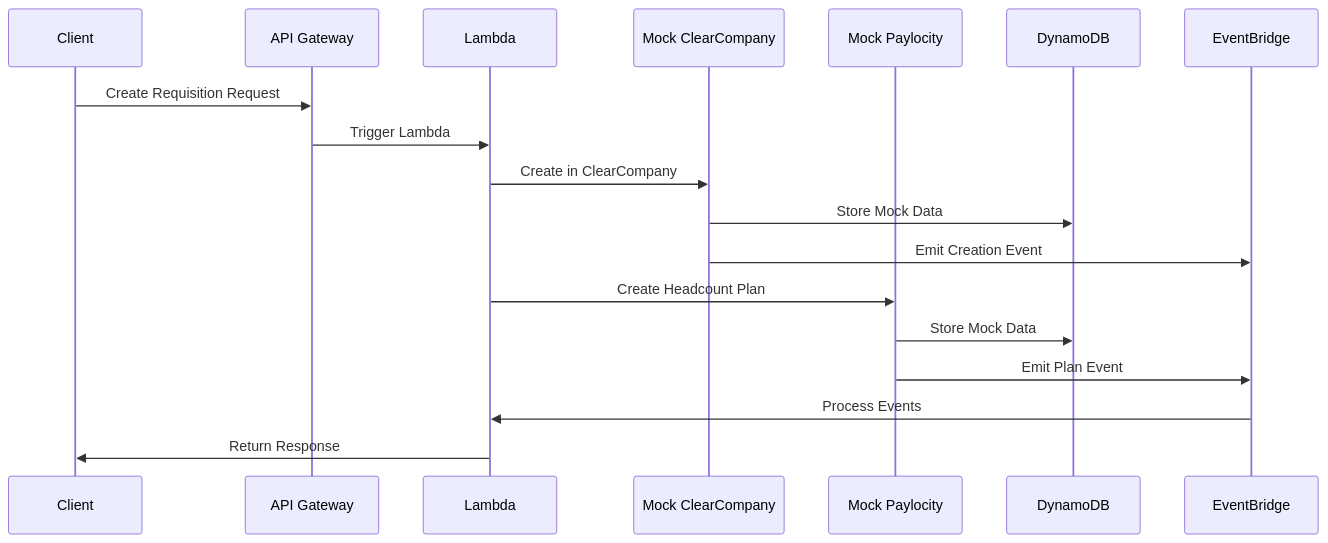
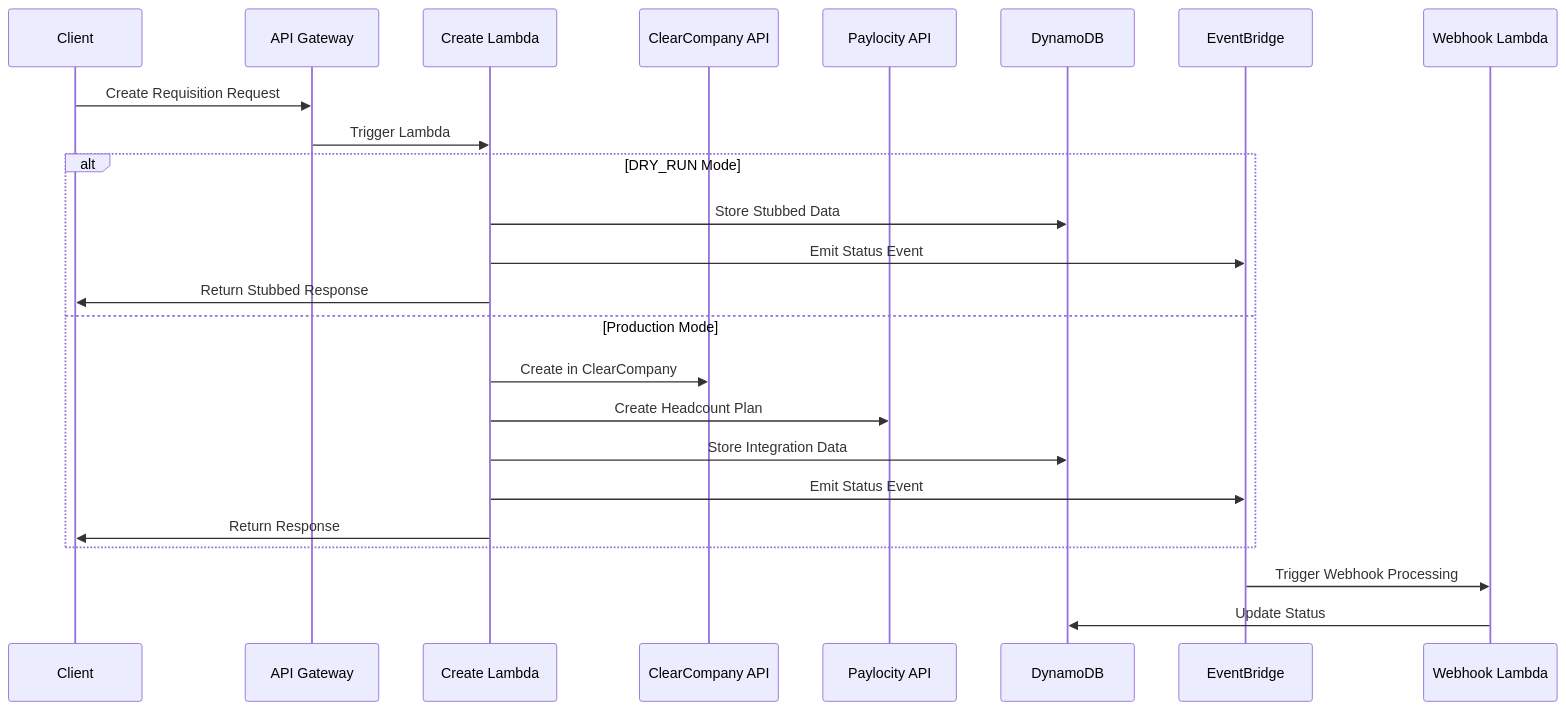
One commit to amitjainharbinger/aura-assignment changed the fourth of 10 diagrams in docs/SOLUTION_APPROACH.md. Above: the diagram before and after it, drawn with Mermaid. The commit also changed other lines of this file and 2 other files, not shown here.

````diff
--- a/docs/SOLUTION_APPROACH.md
+++ b/docs/SOLUTION_APPROACH.md
@@ -126,21 +127,29 @@
 ```mermaid
 sequenceDiagram
     participant Client
     participant API as API Gateway
-    participant Lambda
-    participant MockCC as Mock ClearCompany
-    participant MockPL as Mock Paylocity
+    participant Lambda as Create Lambda
+    participant CC as ClearCompany API
+    participant PL as Paylocity API
     participant DB as DynamoDB
     participant EB as EventBridge
+    participant WH as Webhook Lambda
 
     Client->>API: Create Requisition Request
     API->>Lambda: Trigger Lambda
-    Lambda->>MockCC: Create in ClearCompany
-    MockCC->>DB: Store Mock Data
-    MockCC->>EB: Emit Creation Event
-    Lambda->>MockPL: Create Headcount Plan
-    MockPL->>DB: Store Mock Data
-    MockPL->>EB: Emit Plan Event
-    EB->>Lambda: Process Events
-    Lambda->>Client: Return Response
+    
+    alt DRY_RUN Mode
+        Lambda->>DB: Store Stubbed Data
+        Lambda->>EB: Emit Status Event
+        Lambda->>Client: Return Stubbed Response
+    else Production Mode
+        Lambda->>CC: Create in ClearCompany
+        Lambda->>PL: Create Headcount Plan
+        Lambda->>DB: Store Integration Data
+        Lambda->>EB: Emit Status Event
+        Lambda->>Client: Return Response
+    end
+    
+    EB->>WH: Trigger Webhook Processing
+    WH->>DB: Update Status
 ```
````
